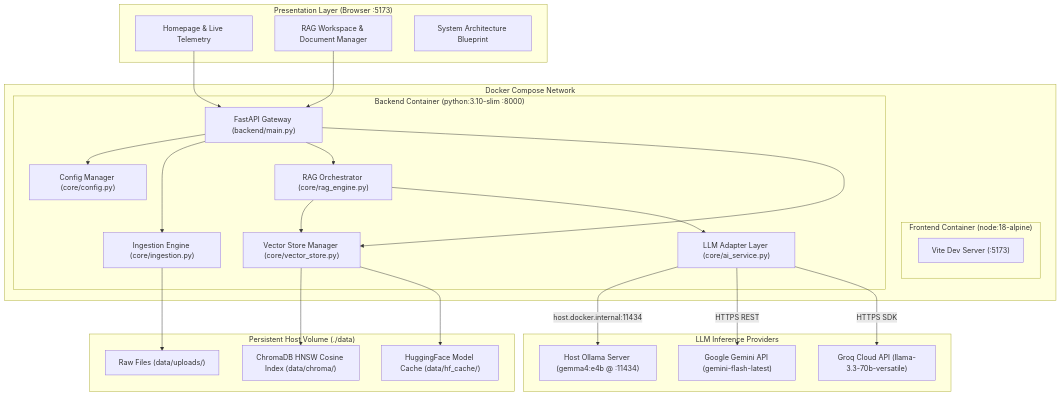
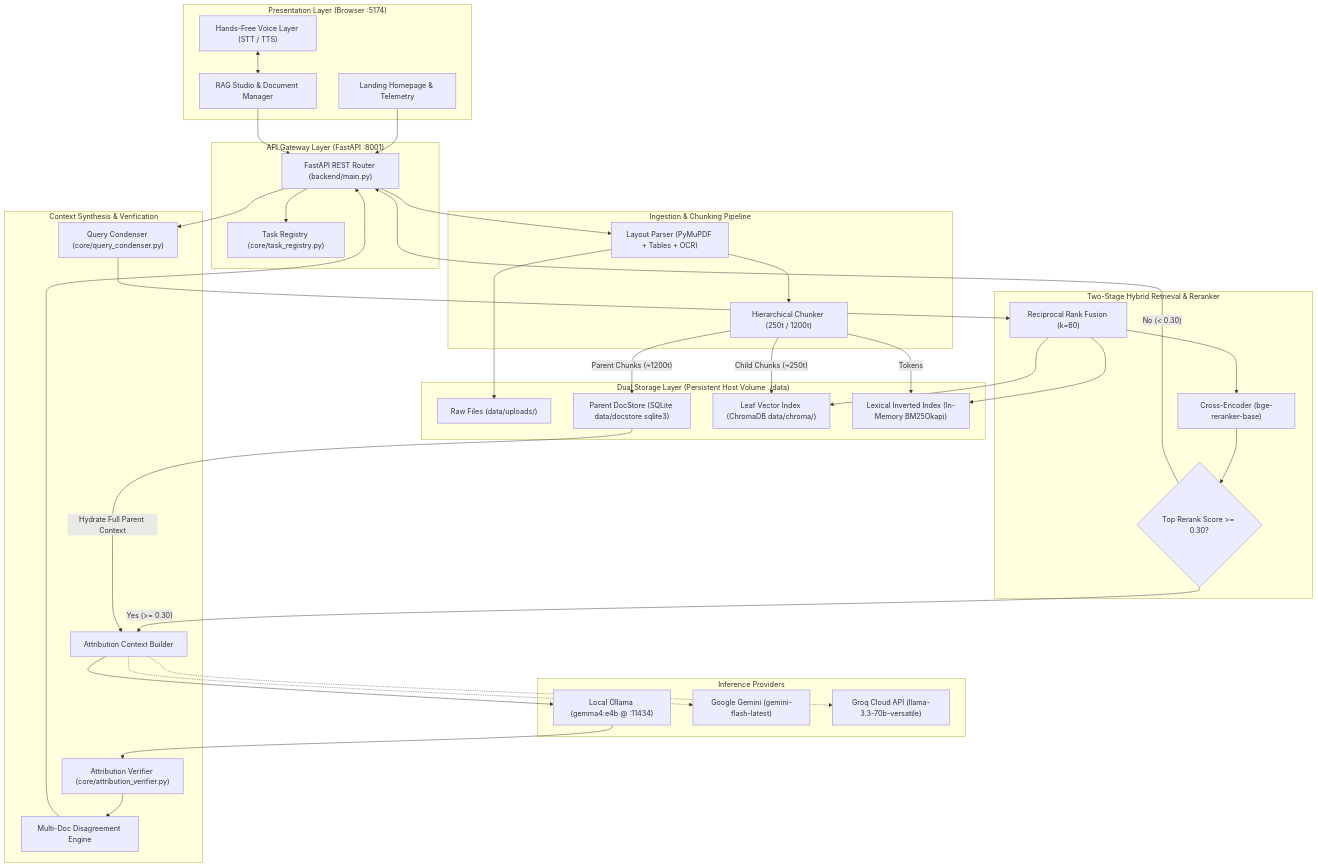
One commit to piyushgoel2808/AI-Knowledge-Assistant changed the first of 2 diagrams in docs/architecture.md. Above: the diagram before and after it, drawn with Mermaid. The commit also changed other lines of this file and 80 other files, not shown here.

Commit message:
feat: upgrade to production RAG system with async ingestion, layout tables, hierarchical chunking, hybrid search, cross-encoder reranker, query condensation, sentence entailment, and hands-free voice layer

````diff
--- a/docs/architecture.md
+++ b/docs/architecture.md
@@ -15,52 +32,72 @@
 ```mermaid
 flowchart TB
-    subgraph Client["Presentation Layer (Browser :5173)"]
-        UI_Home["Homepage & Live Telemetry"]
-        UI_Work["RAG Workspace & Document Manager"]
-        UI_Arch["System Architecture Blueprint"]
+    subgraph Client["Presentation Layer (Browser :5174)"]
+        UI_Home["Landing Homepage & Telemetry"]
+        UI_Work["RAG Studio & Document Manager"]
+        UI_Voice["Hands-Free Voice Layer (STT / TTS)"]
     end
 
-    subgraph Containers["Docker Compose Network"]
-        subgraph FrontendContainer["Frontend Container (node:18-alpine)"]
-            Vite["Vite Dev Server (:5173)"]
-        end
-
-        subgraph BackendContainer["Backend Container (python:3.10-slim :8000)"]
-            FastAPI["FastAPI Gateway (backend/main.py)"]
-            Config["Config Manager (core/config.py)"]
-            Ingestion["Ingestion Engine (core/ingestion.py)"]
-            RAGEngine["RAG Orchestrator (core/rag_engine.py)"]
-            VectorStore["Vector Store Manager (core/vector_store.py)"]
-            AIService["LLM Adapter Layer (core/ai_service.py)"]
-        end
+    subgraph Gateway["API Gateway Layer (FastAPI :8001)"]
+        FastAPI["FastAPI REST Router (backend/main.py)"]
+        TaskReg["Task Registry (core/task_registry.py)"]
     end
 
-    subgraph Storage["Persistent Host Volume (./data)"]
-        Uploads["Raw Files (data/uploads/)"]
-        Chroma["ChromaDB HNSW Cosine Index (data/chroma/)"]
-        HFCache["HuggingFace Model Cache (data/hf_cache/)"]
+    subgraph Ingestion["Ingestion & Chunking Pipeline"]
+        LayoutParser["Layout Parser (PyMuPDF + Tables + OCR)"]
+        HierarchicalChunker["Hierarchical Chunker (250t / 1200t)"]
     end
 
-    subgraph Providers["LLM Inference Providers"]
-        Ollama["Host Ollama Server (gemma4:e4b @ :11434)"]
-        Gemini["Google Gemini API (gemini-flash-latest)"]
+    subgraph DualStorage["Dual Storage Layer (Persistent Host Volume ./data)"]
+        Uploads["Raw Files (data/uploads/)"]
+        DocStore["Parent DocStore (SQLite data/docstore.sqlite3)"]
+        Chroma["Leaf Vector Index (ChromaDB data/chroma/)"]
+        BM25Corpus["Lexical Inverted Index (In-Memory BM25Okapi)"]
+    end
+
+    subgraph Retrieval["Two-Stage Hybrid Retrieval & Reranker"]
+        Hybrid["Reciprocal Rank Fusion (k=60)"]
+        Reranker["Cross-Encoder (bge-reranker-base)"]
+        AbstentionGate{"Top Rerank Score >= 0.30?"}
+    end
+
+    subgraph Synthesis["Context Synthesis & Verification"]
+        QueryCondenser["Query Condenser (core/query_condenser.py)"]
+        PromptBuilder["Attribution Context Builder"]
+        Verifier["Attribution Verifier (core/attribution_verifier.py)"]
+        Contradiction["Multi-Doc Disagreement Engine"]
+    end
+
+    subgraph Providers["Inference Providers"]
+        Ollama["Local Ollama (gemma4:e4b @ :11434)"]
+        Gemini["Google Gemini (gemini-flash-latest)"]
         Groq["Groq Cloud API (llama-3.3-70b-versatile)"]
     end
 
     UI_Home --> FastAPI
     UI_Work --> FastAPI
-    FastAPI --> Config
-    FastAPI --> Ingestion
-    FastAPI --> RAGEngine
-    FastAPI --> VectorStore
+    UI_Voice <--> UI_Work
 
-    Ingestion --> Uploads
-    RAGEngine --> VectorStore
-    RAGEngine --> AIService
-    VectorStore --> Chroma
-    VectorStore --> HFCache
+    FastAPI --> TaskReg
+    FastAPI --> LayoutParser
+    LayoutParser --> Uploads
+    LayoutParser --> HierarchicalChunker
+    HierarchicalChunker -->|"Parent Chunks (~1200t)"| DocStore
+    HierarchicalChunker -->|"Child Chunks (~250t)"| Chroma
+    HierarchicalChunker -->|"Tokens"| BM25Corpus
 
-    AIService -->|"host.docker.internal:11434"| Ollama
-    AIService -->|"HTTPS REST"| Gemini
-    AIService -->|"HTTPS SDK"| Groq
+    FastAPI --> QueryCondenser
+    QueryCondenser --> Hybrid
+    Hybrid --> Chroma
+    Hybrid --> BM25Corpus
+    Hybrid --> Reranker
+    Reranker --> AbstentionGate
+    AbstentionGate -->|"No (< 0.30)"| FastAPI
+    AbstentionGate -->|"Yes (>= 0.30)"| PromptBuilder
+    DocStore -->|"Hydrate Full Parent Context"| PromptBuilder
+    PromptBuilder --> Ollama
+    PromptBuilder -.-> Gemini
+    PromptBuilder -.-> Groq
+    Ollama --> Verifier
+    Verifier --> Contradiction
+    Contradiction --> FastAPI
 ```
````
